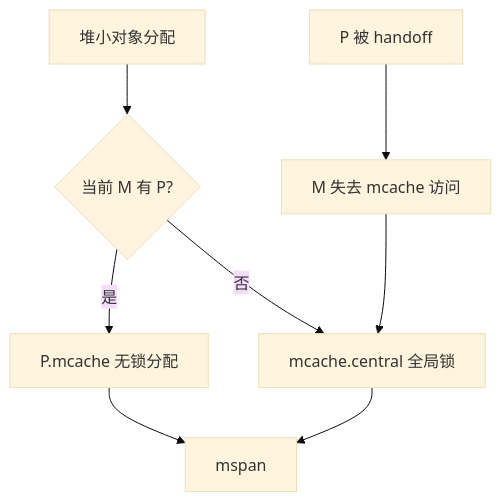
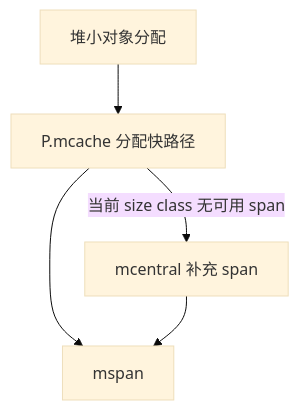
Before and after one commit to twodog-tt/Golang-development-manual: diagram 11 of 12 in docs/interview/01-runtime-concurrency/S-CONC-02-gmp-roles.md, drawn with Mermaid (base theme). The commit also changed other lines of this file and 438 other files, not shown here.

````diff
--- a/docs/interview/01-runtime-concurrency/S-CONC-02-gmp-roles.md
+++ b/docs/interview/01-runtime-concurrency/S-CONC-02-gmp-roles.md
@@ -410,11 +419,8 @@
 ```mermaid
 flowchart TB
   Alloc[堆小对象分配]
-  Alloc --> HasP{当前 M 有 P?}
-  HasP -->|是| MC[P.mcache 无锁分配]
-  HasP -->|否| CC[mcache.central 全局锁]
+  Alloc --> MC[P.mcache 分配快路径]
+  MC -->|当前 size class 无可用 span| CC[mcentral 补充 span]
   MC --> Span[mspan]
   CC --> Span
-  P_removed[P 被 handoff] --> NoMC[M 失去 mcache 访问]
-  NoMC --> CC
 ```
````
